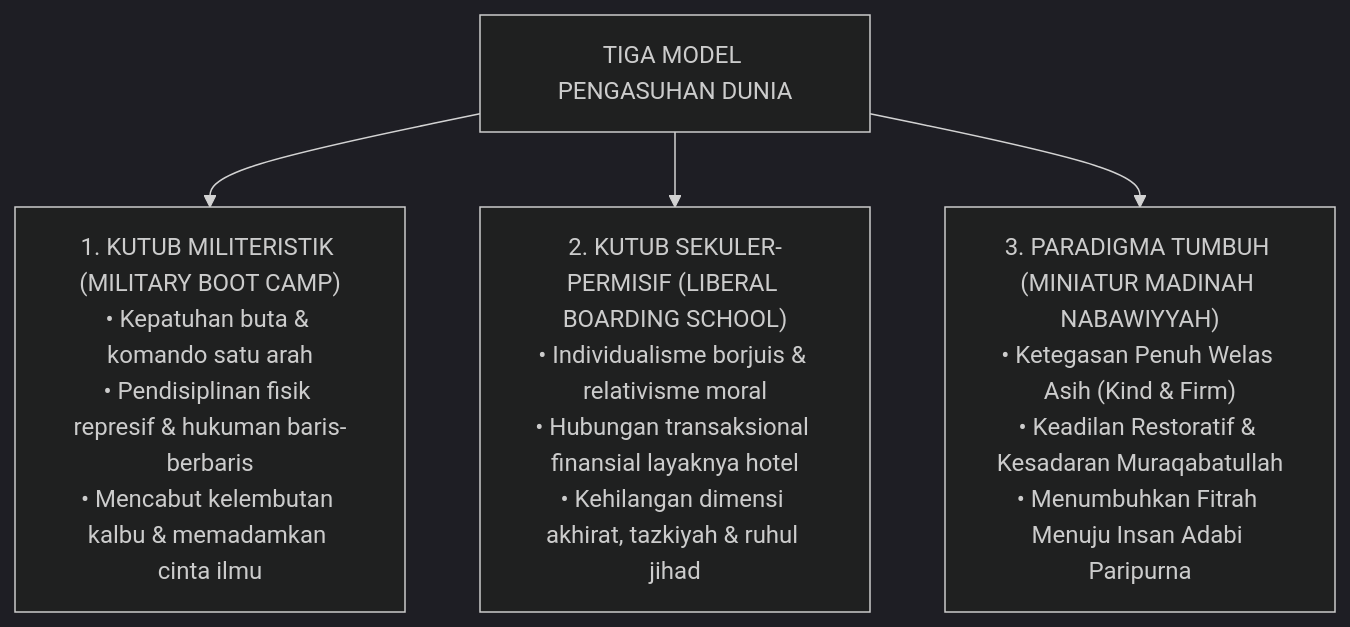
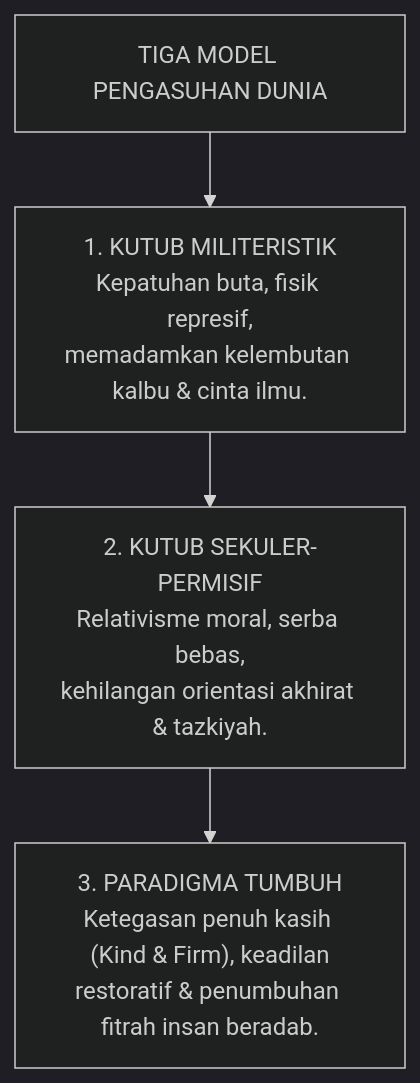
Before and after one commit to wandiapriliyandi/tumbuh: the fourth of 4 diagrams in BOOK Series 1/01-The-Fundamental-of-TUMBUH/Bab-06-Falsafah-Tarbiyah-Tadib-dan-Ekosistem-Keteladanan.md, drawn with Mermaid (dark theme). The commit also changed other lines of this file and 35 other files, not shown here.

Commit message:
fix(book-01): optimasi keterbacaan diagram mermaid pada seluruh bab dan perbarui 20 file PDF

````diff
--- a/BOOK Series 1/01-The-Fundamental-of-TUMBUH/Bab-06-Falsafah-Tarbiyah-Tadib-dan-Ekosistem-Keteladanan.md
+++ b/BOOK Series 1/01-The-Fundamental-of-TUMBUH/Bab-06-Falsafah-Tarbiyah-Tadib-dan-Ekosistem-Keteladanan.md
@@ -298,10 +295,8 @@
 ```mermaid
 graph TD
     M["TIGA MODEL PENGASUHAN DUNIA"]
     
-    M --> M1["1. KUTUB MILITERISTIK (MILITARY BOOT CAMP)<br/>• Kepatuhan buta & komando satu arah<br/>• Pendisiplinan fisik represif & hukuman baris-berbaris<br/>• Mencabut kelembutan kalbu & memadamkan cinta ilmu"]
-    
-    M --> M2["2. KUTUB SEKULER-PERMISIF (LIBERAL BOARDING SCHOOL)<br/>• Individualisme borjuis & relativisme moral<br/>• Hubungan transaksional finansial layaknya hotel<br/>• Kehilangan dimensi akhirat, tazkiyah & ruhul jihad"]
-    
-    M --> M3["3. PARADIGMA TUMBUH (MINIATUR MADINAH NABAWIYYAH)<br/>• Ketegasan Penuh Welas Asih (Kind & Firm)<br/>• Keadilan Restoratif & Kesadaran Muraqabatullah<br/>• Menumbuhkan Fitrah Menuju Insan Adabi Paripurna"]
+    M --> M1["1. KUTUB MILITERISTIK<br/>Kepatuhan buta, fisik represif,<br/>memadamkan kelembutan kalbu & cinta ilmu."]
+    M1 --> M2["2. KUTUB SEKULER-PERMISIF<br/>Relativisme moral, serba bebas,<br/>kehilangan orientasi akhirat & tazkiyah."]
+    M2 --> M3["3. PARADIGMA TUMBUH<br/>Ketegasan penuh kasih (Kind & Firm), keadilan<br/>restoratif & penumbuhan fitrah insan beradab."]
 ```
````
